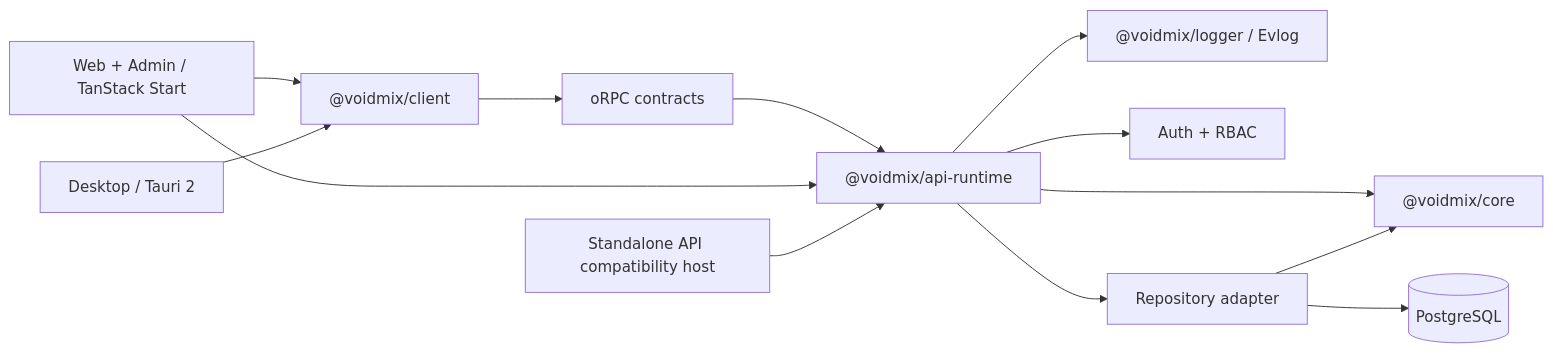
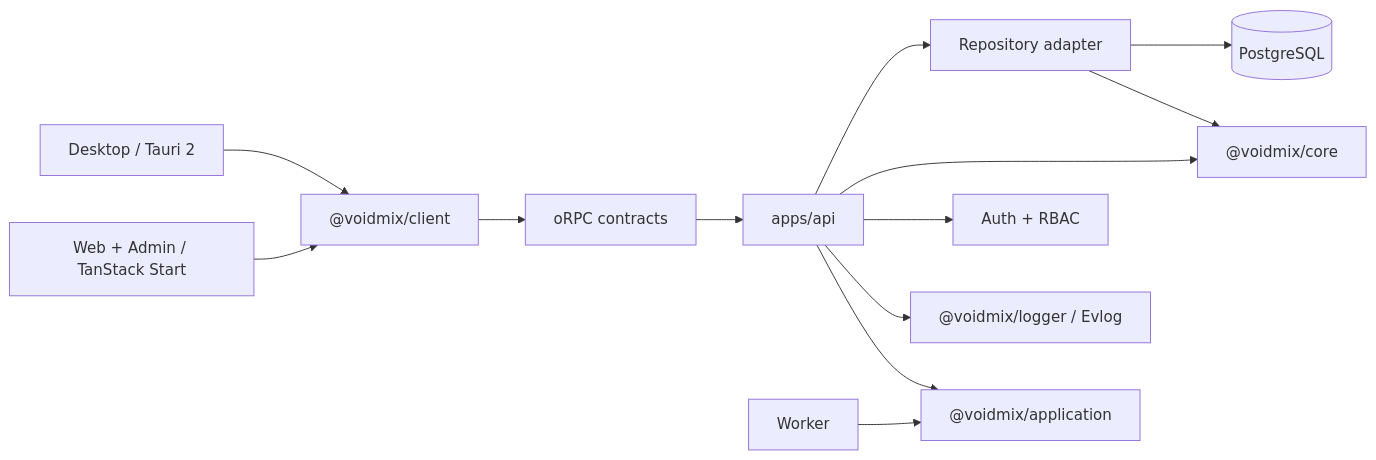
One commit to voidmix/voidmix changed the diagram in docs/architecture/README.md. Above: the diagram before and after it, drawn with Mermaid. The commit also changed other lines of this file and 121 other files, not shown here.

Commit message:
feat: implement account-first project architecture

````diff
--- a/docs/architecture/README.md
+++ b/docs/architecture/README.md
@@ -23,15 +23,15 @@
 ```mermaid
 flowchart LR
   web["Web + Admin / TanStack Start"] --> client["@voidmix/client"]
   desktop["Desktop / Tauri 2"] --> client
   client --> rpc["oRPC contracts"]
-  rpc --> api["@voidmix/api-runtime"]
-  web --> api
-  apiHost["Standalone API compatibility host"] --> api
+  rpc --> api["apps/api"]
+  api --> application["@voidmix/application"]
+  worker["Worker"] --> application
   api --> logger["@voidmix/logger / Evlog"]
   api --> auth["Auth + RBAC"]
   api --> core["@voidmix/core"]
   api --> db["Repository adapter"]
   db --> core
   db --> postgres[("PostgreSQL")]
 ```
````
